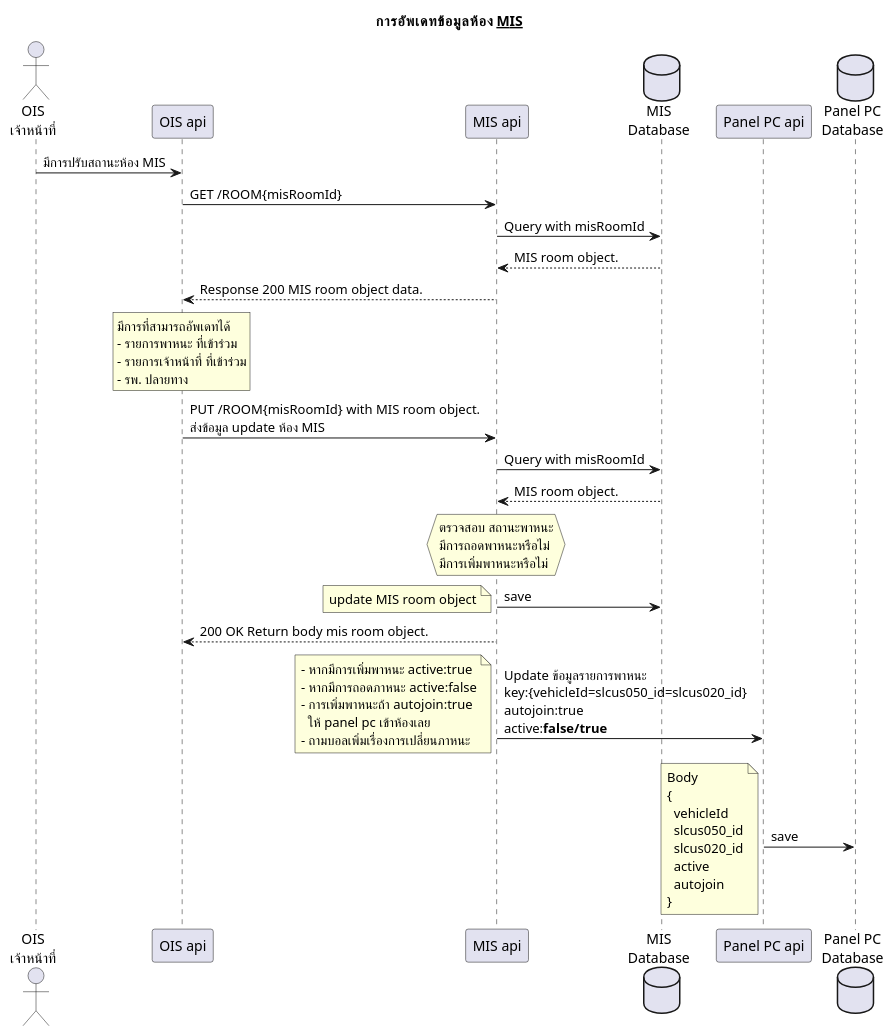
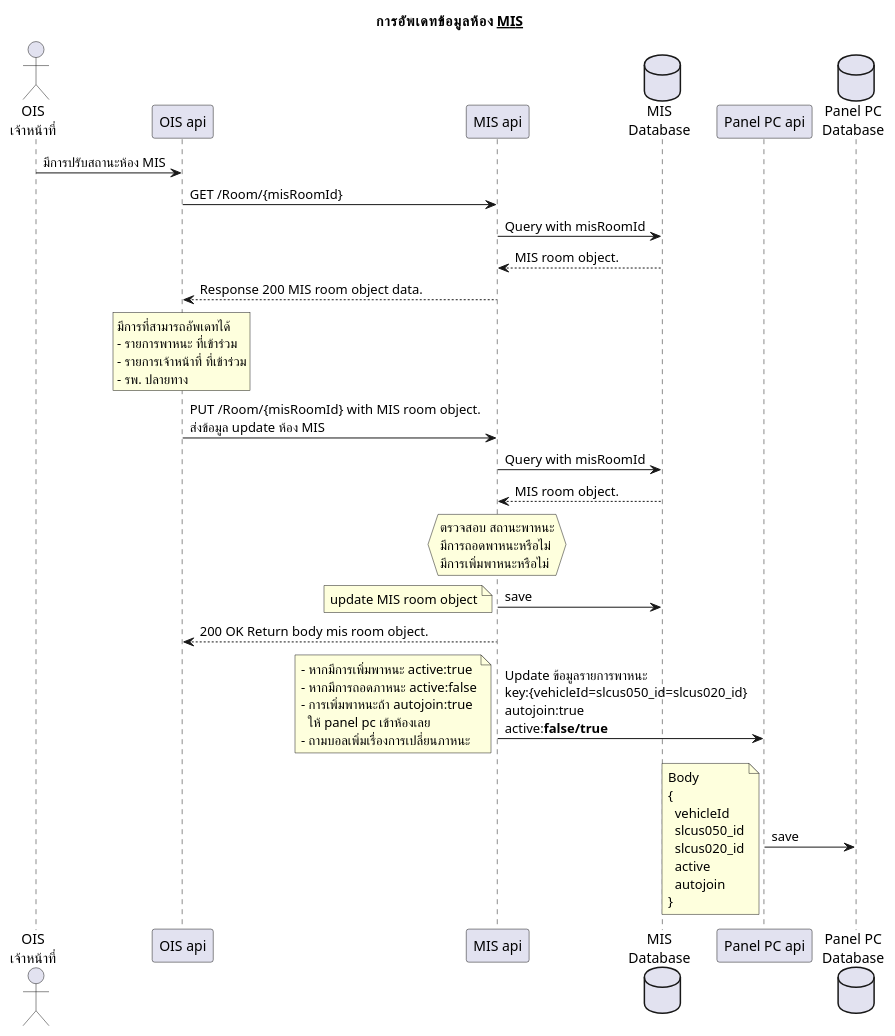
Before and after one commit to lionants02/mis-api-doc: the diagram in uml/new_update_mis.plantuml, drawn with PlantUML. The commit also changed 3 other files, not shown here.

```diff
--- a/uml/new_update_mis.plantuml
+++ b/uml/new_update_mis.plantuml
@@ -1,57 +1,57 @@
 @startuml
 Title การอัพเดทข้อมูลห้อง __MIS__
   actor "OIS\nเจ้าหน้าที่" as OIS
   OIS -> "OIS api": มีการปรับสถานะห้อง MIS
-  "OIS api"-> "MIS api": GET /ROOM{misRoomId}
+  "OIS api"-> "MIS api": GET /Room/{misRoomId}
   database "MIS\nDatabase" as misdb
   "MIS api" -> misdb: Query with misRoomId
   "MIS api" <-- misdb: MIS room object.
   "OIS api"<-- "MIS api":Response 200 MIS room object data.
 
   rnote over "OIS api"
     มีการที่สามารถอัพเดทได้
     - รายการพาหนะ ที่เข้าร่วม
     - รายการเจ้าหน้าที่ ที่เข้าร่วม
     - รพ. ปลายทาง
   endnote
-  "OIS api"-> "MIS api": PUT /ROOM{misRoomId} with MIS room object.\nส่งข้อมูล update ห้อง MIS
+  "OIS api"-> "MIS api": PUT /Room/{misRoomId} with MIS room object.\nส่งข้อมูล update ห้อง MIS
 
   "MIS api" -> misdb: Query with misRoomId
   "MIS api" <-- misdb: MIS room object.
 
   hnote over "MIS api"
     ตรวจสอบ สถานะพาหนะ
     มีการถอดพาหนะหรือไม่
     มีการเพิ่มพาหนะหรือไม่
   endnote
 
   "MIS api" -> misdb: save
   note left
     update MIS room object
   endnote
 
   "OIS api" <-- "MIS api": 200 OK Return body mis room object.
 
   "MIS api" -> "Panel PC api": Update ข้อมูลรายการพาหนะ\nkey:{vehicleId=slcus050_id=slcus020_id}\nautojoin:true\nactive:**false/true**
 
   note left
     - หากมีการเพิ่มพาหนะ active:true
     - หากมีการถอดภาหนะ active:false
     - การเพิ่มพาหนะถ้า autojoin:true
       ให้ panel pc เข้าห้องเลย
     - ถามบอลเพิ่มเรื่องการเปลี่ยนภาหนะ
   endnote
   database "Panel PC\nDatabase" as paneldb
   "Panel PC api" -> paneldb: save
   note left
     Body
     {
       vehicleId
       slcus050_id
       slcus020_id
       active
       autojoin
     }
   endnote
 
 @enduml
```
